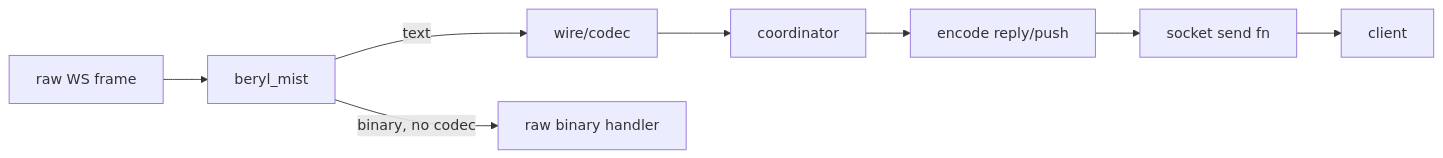
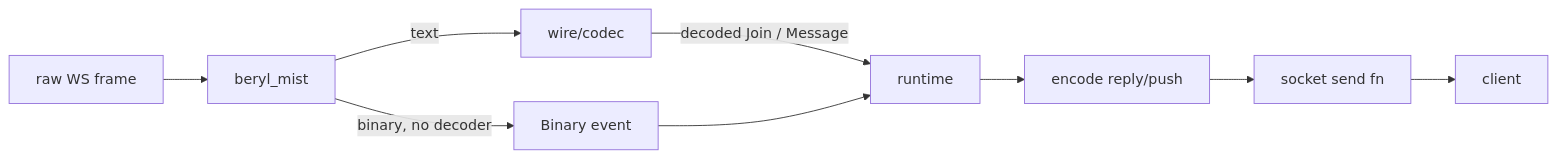
Before and after one commit to tylerbutler/beryl: the diagram in website/src/content/docs/architecture/wire-and-transport.md, drawn with Mermaid. The commit also changed other lines of this file and 90 other files, not shown here.

````diff
--- a/website/src/content/docs/architecture/wire-and-transport.md
+++ b/website/src/content/docs/architecture/wire-and-transport.md
@@ -82,8 +86,9 @@
 ```mermaid
 flowchart LR
   FR["raw WS frame"] --> MI["beryl_mist"]
   MI -->|text| CD["wire/codec"]
-  MI -->|binary, no codec| RB["raw binary handler"]
-  CD --> CO["coordinator"]
-  CO --> EN["encode reply/push"] --> SF["socket send fn"] --> CL["client"]
+  MI -->|binary, no decoder| RB["Binary event"]
+  CD -->|decoded Join / Message| RT["runtime"]
+  RB --> RT
+  RT --> EN["encode reply/push"] --> SF["socket send fn"] --> CL["client"]
 ```
````
